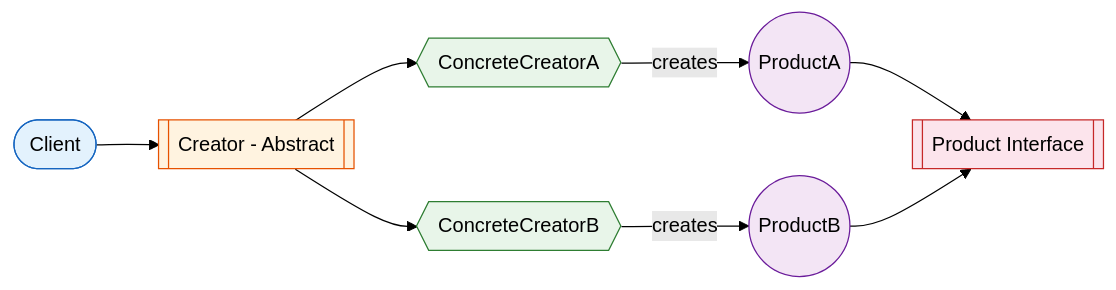
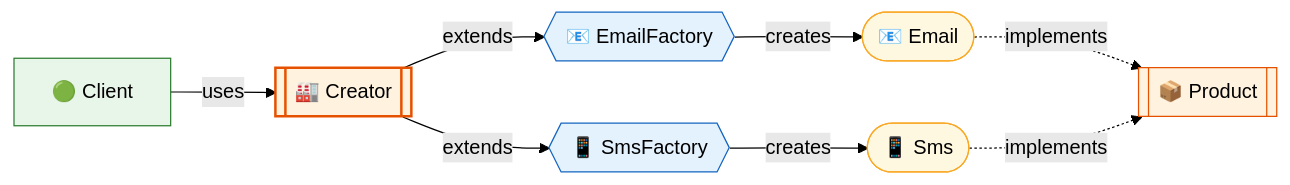
The second of 3 diagrams in docs/designpatterns/creationalDesignPatterns/FactoryDesignPattern.md (saivamsikaruturi/vamsilabs-dev-notes-main), drawn with Mermaid (forest theme) before and after one commit. The commit also changed other lines of this file and 42 other files, not shown here.

````diff
--- a/docs/designpatterns/creationalDesignPatterns/FactoryDesignPattern.md
+++ b/docs/designpatterns/creationalDesignPatterns/FactoryDesignPattern.md
@@ -33,18 +26,18 @@
 ```mermaid
 flowchart LR
-    A(["Client"]) --> B[["Creator - Abstract"]]
-    B --> C{{"ConcreteCreatorA"}}
-    B --> D{{"ConcreteCreatorB"}}
-    C -->|creates| E(("ProductA"))
-    D -->|creates| F(("ProductB"))
-    E --> G[["Product Interface"]]
-    F --> G
+    A["🟢 Client"] -->|"uses"| B[["🏭 Creator"]]
+    B -->|"extends"| C{{"📧 EmailFactory"}}
+    B -->|"extends"| D{{"📱 SmsFactory"}}
+    C -->|"creates"| E(["📧 Email"])
+    D -->|"creates"| F(["📱 Sms"])
+    E -.->|"implements"| G[["📦 Product"]]
+    F -.->|"implements"| G
 
-    style A fill:#E3F2FD,stroke:#1565C0,color:#000
-    style B fill:#FFF3E0,stroke:#E65100,color:#000
-    style C fill:#E8F5E9,stroke:#2E7D32,color:#000
-    style D fill:#E8F5E9,stroke:#2E7D32,color:#000
-    style E fill:#F3E5F5,stroke:#6A1B9A,color:#000
-    style F fill:#F3E5F5,stroke:#6A1B9A,color:#000
-    style G fill:#FCE4EC,stroke:#C62828,color:#000
+    style A fill:#E8F5E9,stroke:#2E7D32,color:#000
+    style B fill:#FFF3E0,stroke:#E65100,stroke-width:2px,color:#000
+    style C fill:#E3F2FD,stroke:#1565C0,color:#000
+    style D fill:#E3F2FD,stroke:#1565C0,color:#000
+    style E fill:#FFF8E1,stroke:#F9A825,color:#000
+    style F fill:#FFF8E1,stroke:#F9A825,color:#000
+    style G fill:#FFF3E0,stroke:#E65100,color:#000
 ```
````
